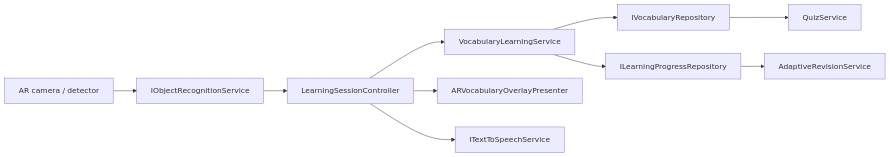
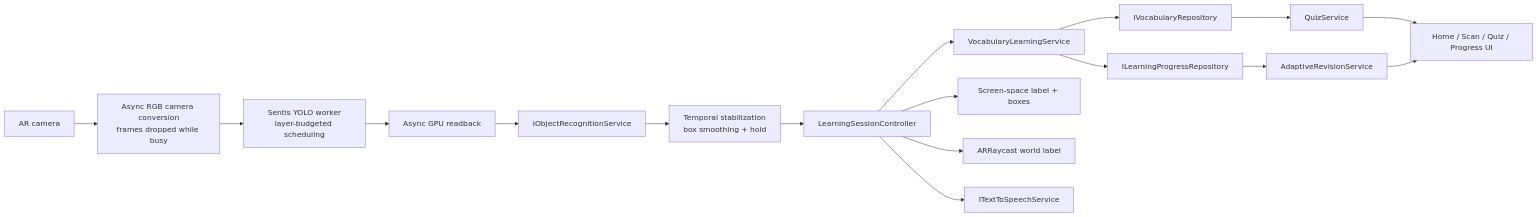
Before and after one commit to raihan4O4/AI-AR-Language-Learning-System: the diagram in Assets/_Project/LanguageLearning/Documentation/Architecture.md, drawn with Mermaid. The commit also changed other lines of this file and 46 other files, not shown here.

````diff
--- a/Assets/_Project/LanguageLearning/Documentation/Architecture.md
+++ b/Assets/_Project/LanguageLearning/Documentation/Architecture.md
@@ -51,12 +51,19 @@
 ```mermaid
 flowchart LR
-    Camera["AR camera / detector"] --> Recognition["IObjectRecognitionService"]
-    Recognition --> Session["LearningSessionController"]
+    Camera["AR camera"] --> Convert["Async RGB camera conversion<br/>frames dropped while busy"]
+    Convert --> Sentis["Sentis YOLO worker<br/>layer-budgeted scheduling"]
+    Sentis --> Readback["Async GPU readback"]
+    Readback --> Recognition["IObjectRecognitionService"]
+    Recognition --> Stabilizer["Temporal stabilization<br/>box smoothing + hold"]
+    Stabilizer --> Session["LearningSessionController"]
     Session --> Learning["VocabularyLearningService"]
     Learning --> Catalog["IVocabularyRepository"]
     Learning --> Progress["ILearningProgressRepository"]
-    Session --> Overlay["ARVocabularyOverlayPresenter"]
+    Session --> Overlay["Screen-space label + boxes"]
+    Session --> World["ARRaycast world label"]
     Session --> Speech["ITextToSpeechService"]
     Progress --> Adaptive["AdaptiveRevisionService"]
     Catalog --> Quiz["QuizService"]
+    Quiz --> Shell["Home / Scan / Quiz / Progress UI"]
+    Adaptive --> Shell
 ```
````
